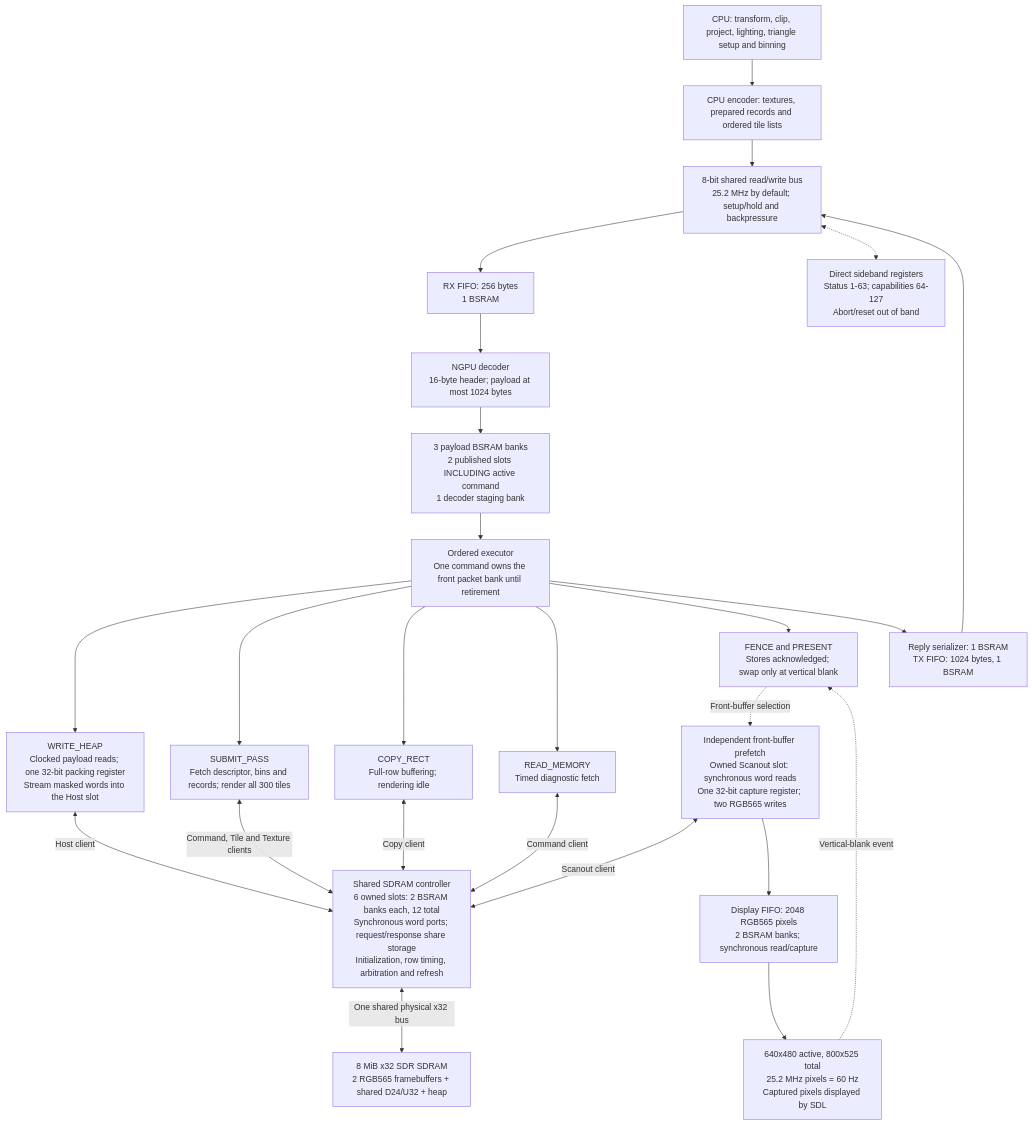
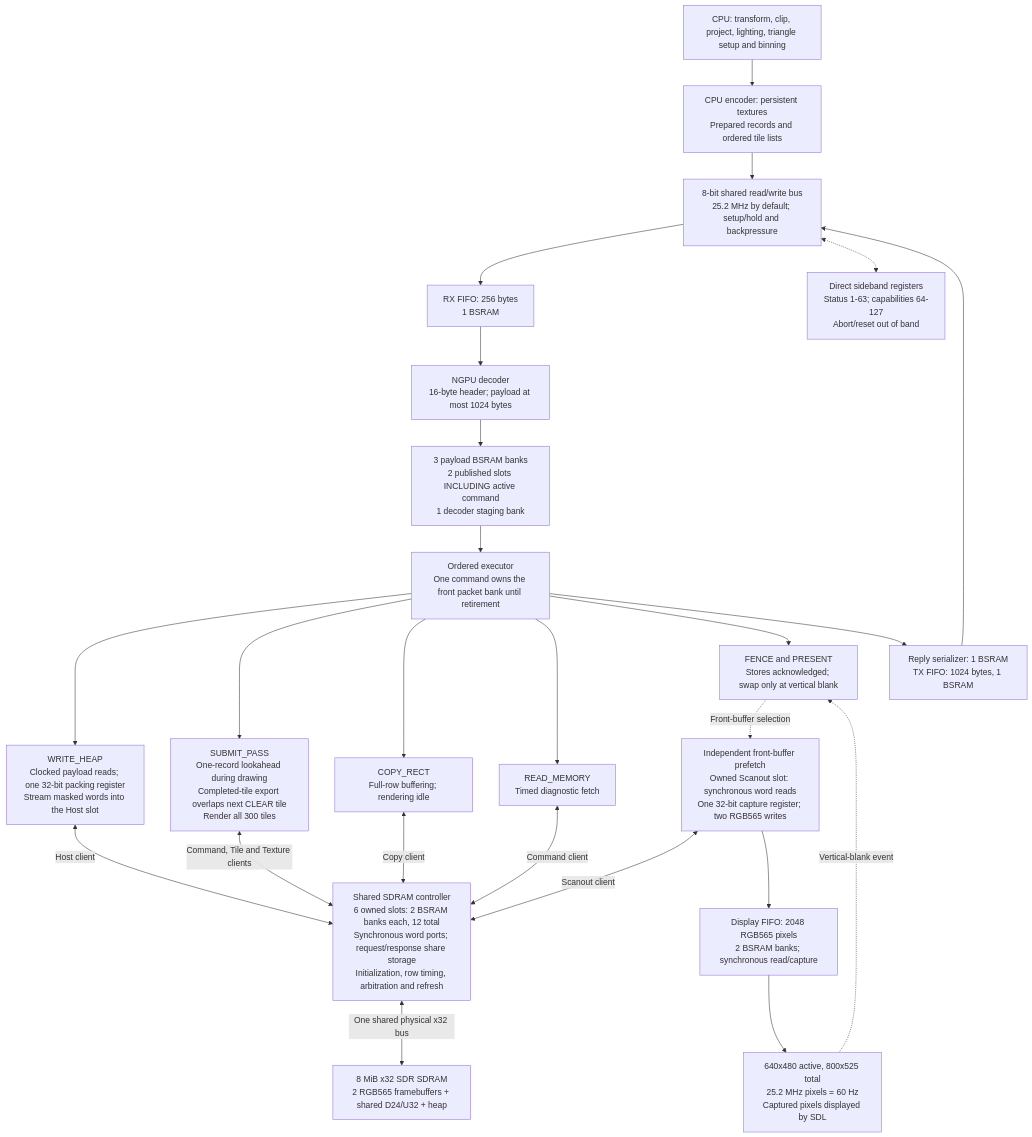
The first of 3 diagrams in docs/hardware/pipeline.md (apc53pro/Nano-20K-GPU), drawn with Mermaid before and after one commit. The commit also changed other lines of this file and 28 other files, not shown here.

````diff
--- a/docs/hardware/pipeline.md
+++ b/docs/hardware/pipeline.md
@@ -21,39 +22,39 @@
 ```mermaid
 flowchart TB
     CPU["CPU: transform, clip, project, lighting, triangle setup and binning"]
-    PACK["CPU encoder: textures, prepared records and ordered tile lists"]
+    PACK["CPU encoder: persistent textures<br/>Prepared records and ordered tile lists"]
     BUS["8-bit shared read/write bus<br/>25.2 MHz by default; setup/hold and backpressure"]
     RX["RX FIFO: 256 bytes<br/>1 BSRAM"]
     PARSE["NGPU decoder<br/>16-byte header; payload at most 1024 bytes"]
     QUEUE["3 payload BSRAM banks<br/>2 published slots INCLUDING active command<br/>1 decoder staging bank"]
     EXEC["Ordered executor<br/>One command owns the front packet bank until retirement"]
     UP["WRITE_HEAP<br/>Clocked payload reads; one 32-bit packing register<br/>Stream masked words into the Host slot"]
-    DRAW["SUBMIT_PASS<br/>Fetch descriptor, bins and records; render all 300 tiles"]
+    DRAW["SUBMIT_PASS<br/>One-record lookahead during drawing<br/>Completed-tile export overlaps next CLEAR tile<br/>Render all 300 tiles"]
     COPY["COPY_RECT<br/>Full-row buffering; rendering idle"]
     READ["READ_MEMORY<br/>Timed diagnostic fetch"]
     DONE["FENCE and PRESENT<br/>Stores acknowledged; swap only at vertical blank"]
     REPLY["Reply serializer: 1 BSRAM<br/>TX FIFO: 1024 bytes, 1 BSRAM"]
     SIDE["Direct sideband registers<br/>Status 1-63; capabilities 64-127<br/>Abort/reset out of band"]
     ARB["Shared SDRAM controller<br/>6 owned slots: 2 BSRAM banks each, 12 total<br/>Synchronous word ports; request/response share storage<br/>Initialization, row timing, arbitration and refresh"]
     RAM["8 MiB x32 SDR SDRAM<br/>2 RGB565 framebuffers + shared D24/U32 + heap"]
     SCAN["Independent front-buffer prefetch<br/>Owned Scanout slot: synchronous word reads<br/>One 32-bit capture register; two RGB565 writes"]
     FIFO["Display FIFO: 2048 RGB565 pixels<br/>2 BSRAM banks; synchronous read/capture"]
     PIX["640x480 active, 800x525 total<br/>25.2 MHz pixels = 60 Hz<br/>Captured pixels displayed by SDL"]
     CPU --> PACK --> BUS --> RX --> PARSE --> QUEUE --> EXEC
     EXEC --> UP
     EXEC --> DRAW
     EXEC --> COPY
     EXEC --> READ
     EXEC --> DONE
     UP <-->|"Host client"| ARB
     DRAW <-->|"Command, Tile and Texture clients"| ARB
     COPY <-->|"Copy client"| ARB
     READ <-->|"Command client"| ARB
     ARB <-->|"One shared physical x32 bus"| RAM
     SCAN <-->|"Scanout client"| ARB
     SCAN --> FIFO --> PIX
     PIX -.->|"Vertical-blank event"| DONE
     DONE -.->|"Front-buffer selection"| SCAN
     EXEC --> REPLY --> BUS
     BUS <-.-> SIDE
 ```
````
